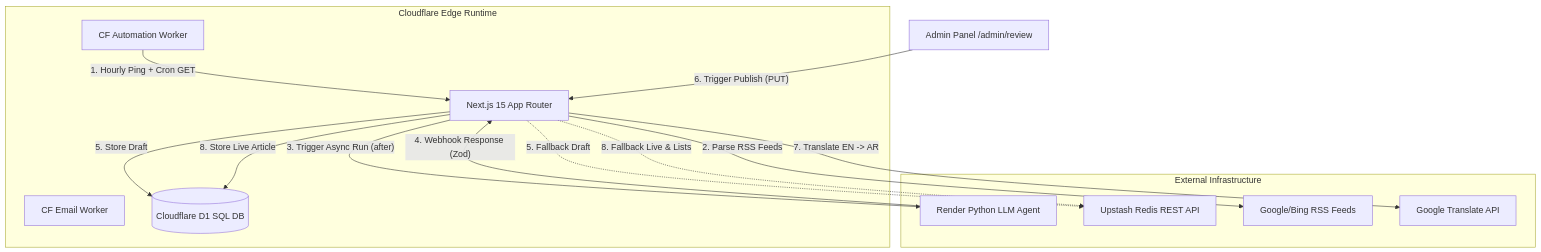
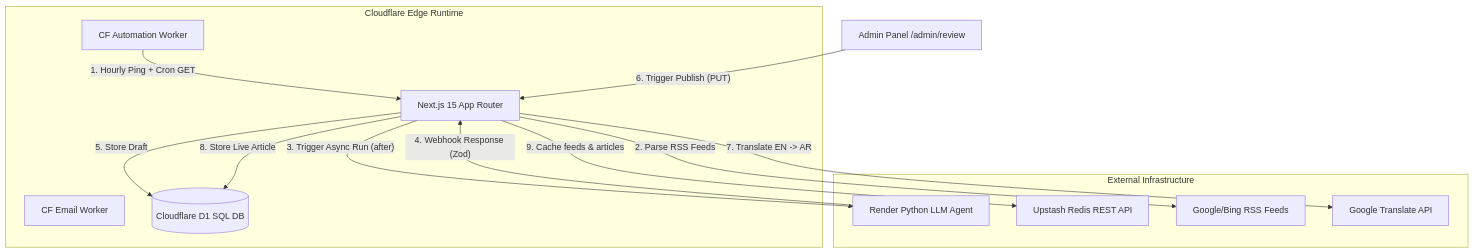
One commit to vinnych/Arabia_Khaleej changed the diagram in REVERSE_ENGINEERING.md. Above: the diagram before and after it, drawn with Mermaid. The commit also changed other lines of this file and 4 other files, not shown here.

````diff
--- a/REVERSE_ENGINEERING.md
+++ b/REVERSE_ENGINEERING.md
@@ -11,28 +11,27 @@
 ```mermaid
 graph TD
     subgraph Cloudflare Edge Runtime
         NextApp[Next.js 15 App Router]
         CFWorker[CF Automation Worker]
         CFEmail[CF Email Worker]
         D1DB[(Cloudflare D1 SQL DB)]
     end
 
     subgraph External Infrastructure
         PythonAgent[Render Python LLM Agent]
         Upstash[Upstash Redis REST API]
         GoogleNews[Google/Bing RSS Feeds]
         GoogleTrans[Google Translate API]
     end
 
     CFWorker -- "1. Hourly Ping + Cron GET" --> NextApp
     NextApp -- "2. Parse RSS Feeds" --> GoogleNews
     NextApp -- "3. Trigger Async Run (after)" --> PythonAgent
     PythonAgent -- "4. Webhook Response (Zod)" --> NextApp
     NextApp -- "5. Store Draft" --> D1DB
-    NextApp -. "5. Fallback Draft" .-> Upstash
     
     Admin[Admin Panel /admin/review] -- "6. Trigger Publish (PUT)" --> NextApp
     NextApp -- "7. Translate EN -> AR" --> GoogleTrans
     NextApp -- "8. Store Live Article" --> D1DB
-    NextApp -. "8. Fallback Live & Lists" .-> Upstash
+    NextApp -- "9. Cache feeds & articles" --> Upstash
 ```
````
